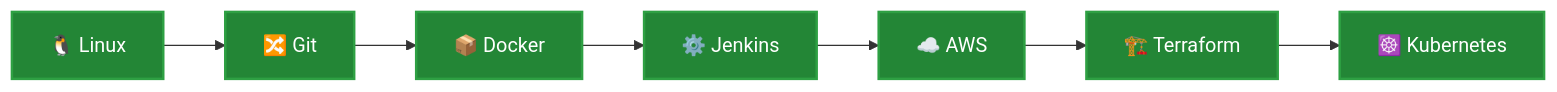
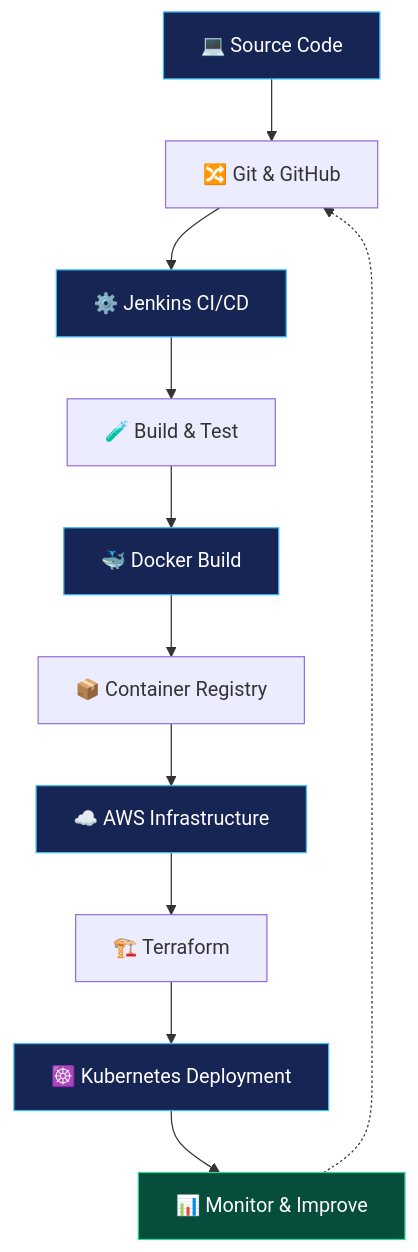
Before and after one commit to kakanivamsikrishna/kakanivamsikrishna: the diagram in README.md, drawn with Mermaid. The commit also changed other lines of this file, not shown here.

````diff
--- a/README.md
+++ b/README.md
@@ -65,6 +115,21 @@
 ```mermaid
-flowchart LR
-    A["🐧 Linux"]:::done --> B["🔀 Git"]:::done --> C["📦 Docker"]:::done --> D["⚙️ Jenkins"]:::done --> E["☁️ AWS"]:::done --> F["🏗️ Terraform"]:::done --> G["☸️ Kubernetes"]:::done
+flowchart TD
+    A["💻 Source Code"] --> B["🔀 Git & GitHub"]
+    B --> C["⚙️ Jenkins CI/CD"]
+    C --> D["🧪 Build & Test"]
+    D --> E["🐳 Docker Build"]
+    E --> F["📦 Container Registry"]
+    F --> G["☁️ AWS Infrastructure"]
+    G --> H["🏗️ Terraform"]
+    H --> I["☸️ Kubernetes Deployment"]
+    I --> J["📊 Monitor & Improve"]
 
-    classDef done fill:#238636,stroke:#2ea043,stroke-width:2px,color:#ffffff;
+    J -.-> B
+
+    style A fill:#172554,stroke:#38BDF8,color:#fff
+    style C fill:#172554,stroke:#38BDF8,color:#fff
+    style E fill:#172554,stroke:#38BDF8,color:#fff
+    style G fill:#172554,stroke:#38BDF8,color:#fff
+    style I fill:#172554,stroke:#38BDF8,color:#fff
+    style J fill:#064E3B,stroke:#34D399,color:#fff
 ```
````
